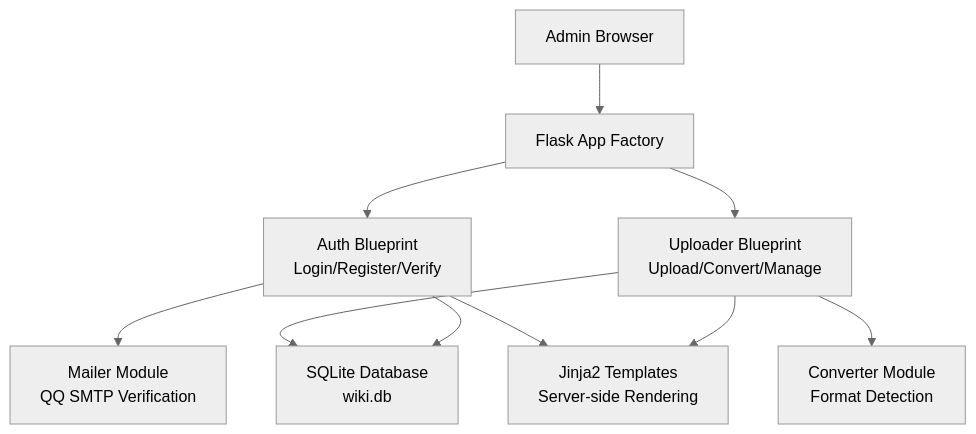
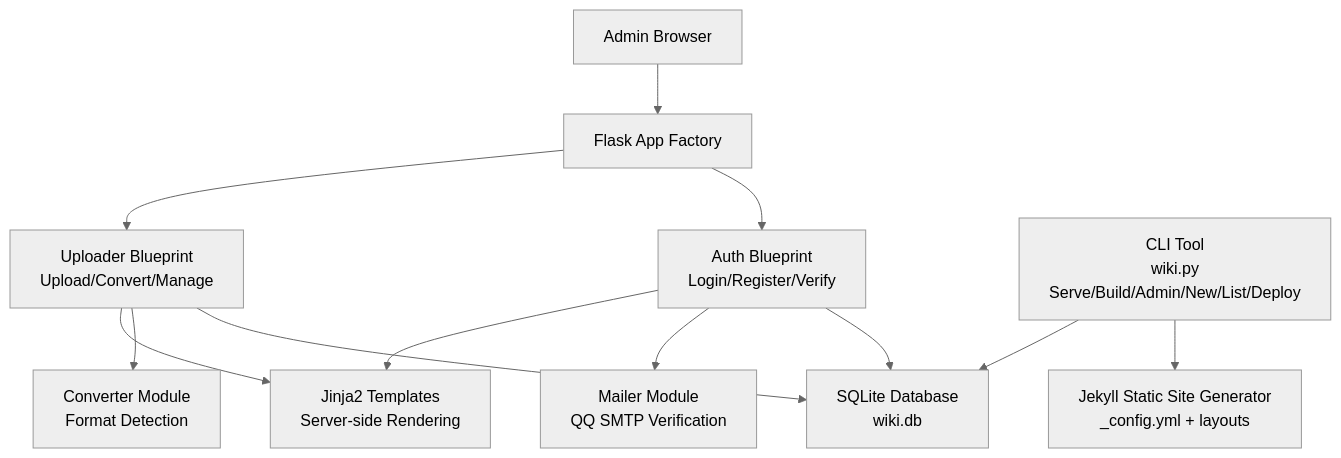
The second of 7 diagrams in .qoder/repowiki/en/content/Backend Application/Backend Application.md (PolarisW007/PolaZhenJing), drawn with Mermaid (neutral theme) before and after one commit. The commit also changed other lines of this file and 12 other files, not shown here.

````diff
--- a/.qoder/repowiki/en/content/Backend Application/Backend Application.md
+++ b/.qoder/repowiki/en/content/Backend Application/Backend Application.md
@@ -109,20 +112,24 @@
 ```mermaid
 graph TB
 CLIENT["Admin Browser"]
 FLASK["Flask App Factory"]
 AUTH["Auth Blueprint<br/>Login/Register/Verify"]
 UPLOAD["Uploader Blueprint<br/>Upload/Convert/Manage"]
 CONV["Converter Module<br/>Format Detection"]
 MAIL["Mailer Module<br/>QQ SMTP Verification"]
 DB["SQLite Database<br/>wiki.db"]
 TEMPLATES["Jinja2 Templates<br/>Server-side Rendering"]
+CLI["CLI Tool<br/>wiki.py<br/>Serve/Build/Admin/New/List/Deploy"]
+JEKYLL["Jekyll Static Site Generator<br/>_config.yml + layouts"]
 CLIENT --> FLASK
 FLASK --> AUTH
 FLASK --> UPLOAD
 AUTH --> DB
 UPLOAD --> DB
 UPLOAD --> CONV
 AUTH --> MAIL
 UPLOAD --> TEMPLATES
 AUTH --> TEMPLATES
+CLI --> JEKYLL
+CLI --> DB
 ```
````
